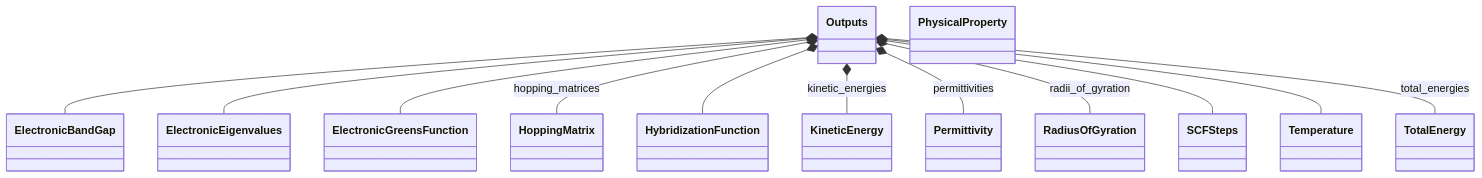
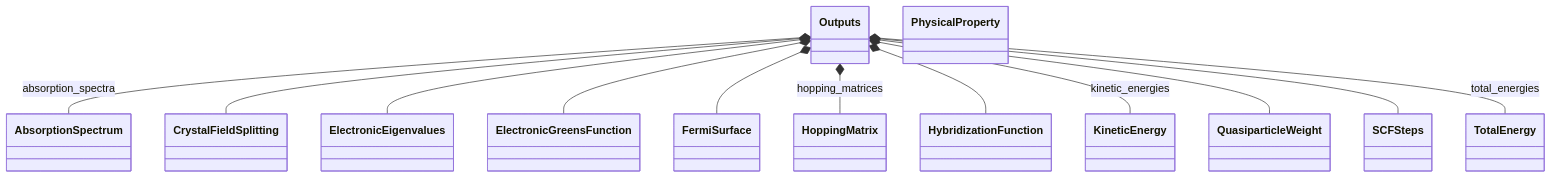
One commit to FAIRmat-NFDI/nomad-simulations changed the second of 2 diagrams in docs/schema/outputs.diagram.md. Above: the diagram before and after it, drawn with Mermaid. The commit also changed 1 other file, not shown here.

Commit message:
docs integrity

````diff
--- a/docs/schema/outputs.diagram.md
+++ b/docs/schema/outputs.diagram.md
@@ -68,40 +68,40 @@
 ```mermaid
 classDiagram
-    class ElectronicBandGap {
+    class AbsorptionSpectrum {
+    }
+    class CrystalFieldSplitting {
     }
     class ElectronicEigenvalues {
     }
     class ElectronicGreensFunction {
+    }
+    class FermiSurface {
     }
     class HoppingMatrix {
     }
     class HybridizationFunction {
     }
     class KineticEnergy {
     }
     class Outputs {
     }
-    class Permittivity {
-    }
     class PhysicalProperty {
     }
-    class RadiusOfGyration {
+    class QuasiparticleWeight {
     }
     class SCFSteps {
     }
-    class Temperature {
-    }
     class TotalEnergy {
     }
-    Outputs *-- ElectronicBandGap
+    Outputs *-- AbsorptionSpectrum : absorption_spectra
+    Outputs *-- CrystalFieldSplitting
     Outputs *-- ElectronicEigenvalues
     Outputs *-- ElectronicGreensFunction
+    Outputs *-- FermiSurface
     Outputs *-- HoppingMatrix : hopping_matrices
     Outputs *-- HybridizationFunction
     Outputs *-- KineticEnergy : kinetic_energies
-    Outputs *-- Permittivity : permittivities
-    Outputs *-- RadiusOfGyration : radii_of_gyration
+    Outputs *-- QuasiparticleWeight
     Outputs *-- SCFSteps
-    Outputs *-- Temperature
     Outputs *-- TotalEnergy : total_energies
 ```
````
